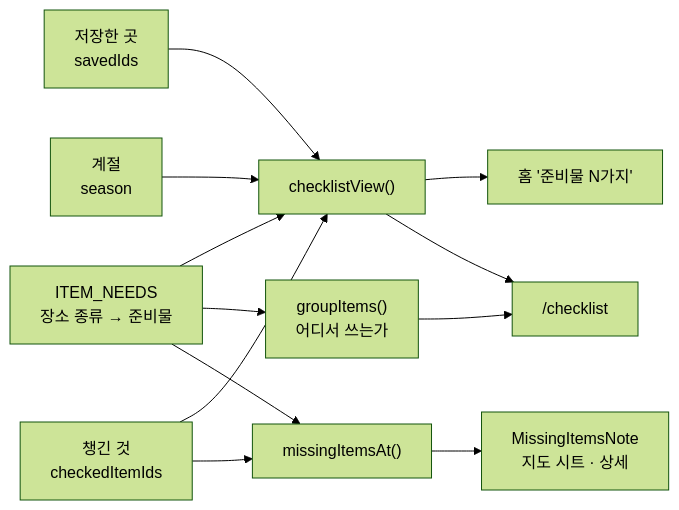
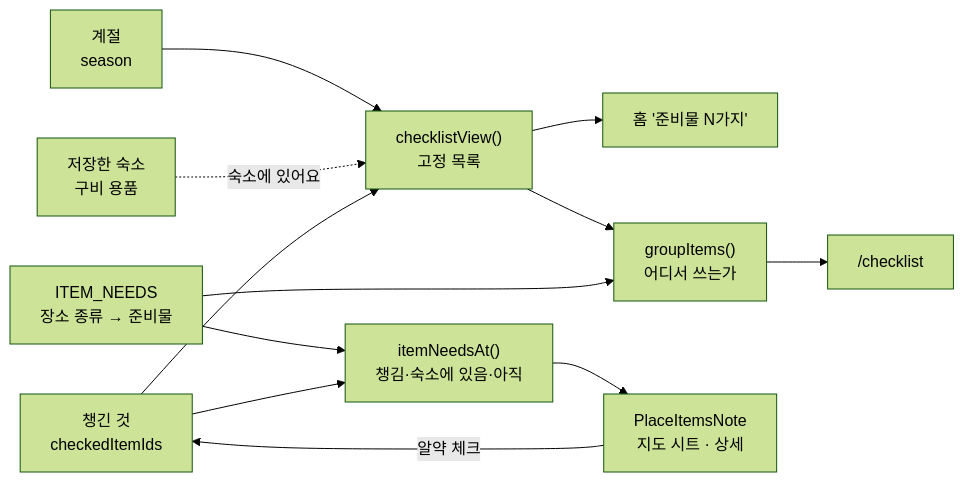
The diagram in docs/features/checklist.md (hoiya-woohyun/zgnn), drawn with Mermaid (forest theme) before and after one commit. The commit also changed other lines of this file and 16 other files, not shown here.

````diff
--- a/docs/features/checklist.md
+++ b/docs/features/checklist.md
@@ -14,14 +18,13 @@
 ```mermaid
 flowchart LR
-  saved["저장한 곳<br/>savedIds"] --> view
-  season["계절<br/>season"] --> view
-  needs["ITEM_NEEDS<br/>장소 종류 → 준비물"] --> view
-  needs --> groups["groupItems()<br/>어디서 쓰는가"]
-  groups --> page
-  view["checklistView()"] --> home["홈 '준비물 N가지'"]
-  view --> page["/checklist"]
-  needs --> missing["missingItemsAt()"]
+  season["계절<br/>season"] --> view["checklistView()<br/>고정 목록"]
+  savedStays["저장한 숙소<br/>구비 용품"] -. 숙소에 있어요 .-> view
   checked["챙긴 것<br/>checkedItemIds"] --> view
-  checked --> missing
-  missing --> note["MissingItemsNote<br/>지도 시트 · 상세"]
+  view --> home["홈 '준비물 N가지'"]
+  view --> groups["groupItems()<br/>어디서 쓰는가"] --> page["/checklist"]
+  needs["ITEM_NEEDS<br/>장소 종류 → 준비물"] --> groups
+  needs --> at["itemNeedsAt()<br/>챙김·숙소에 있음·아직"]
+  checked --> at
+  at --> note["PlaceItemsNote<br/>지도 시트 · 상세"]
+  note -- 알약 체크 --> checked
 ```
````
